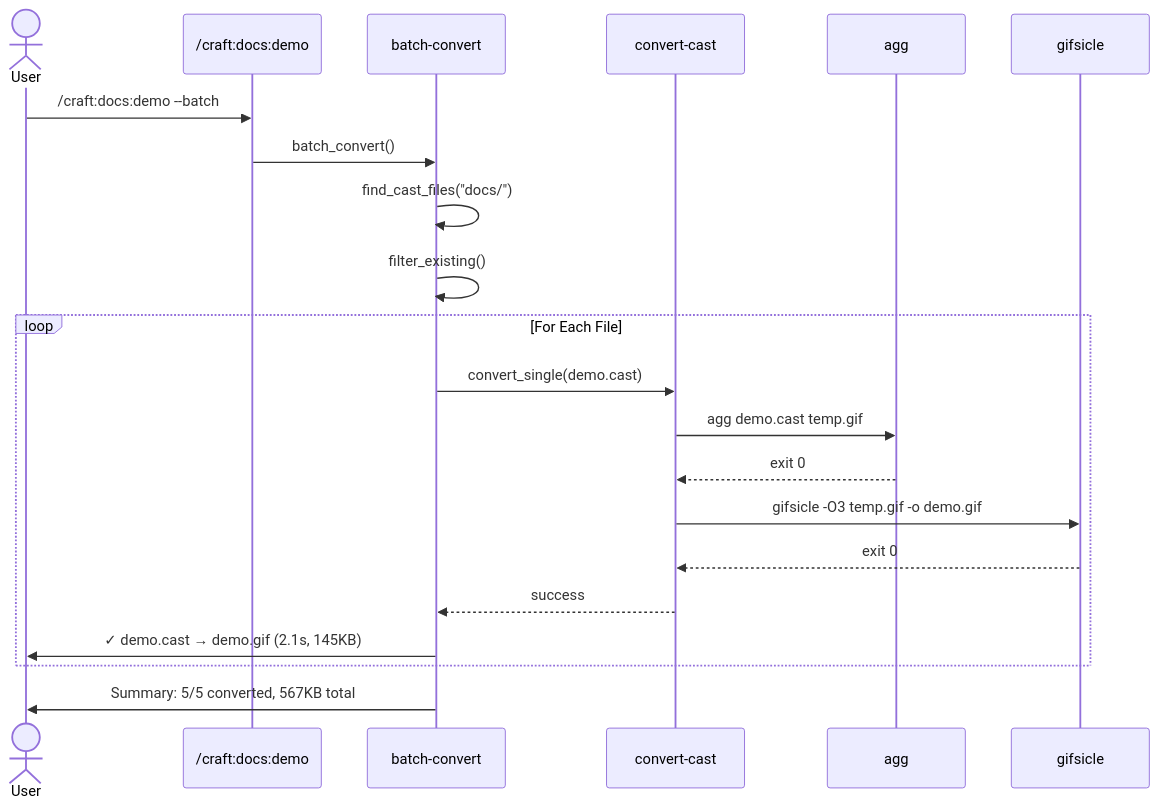
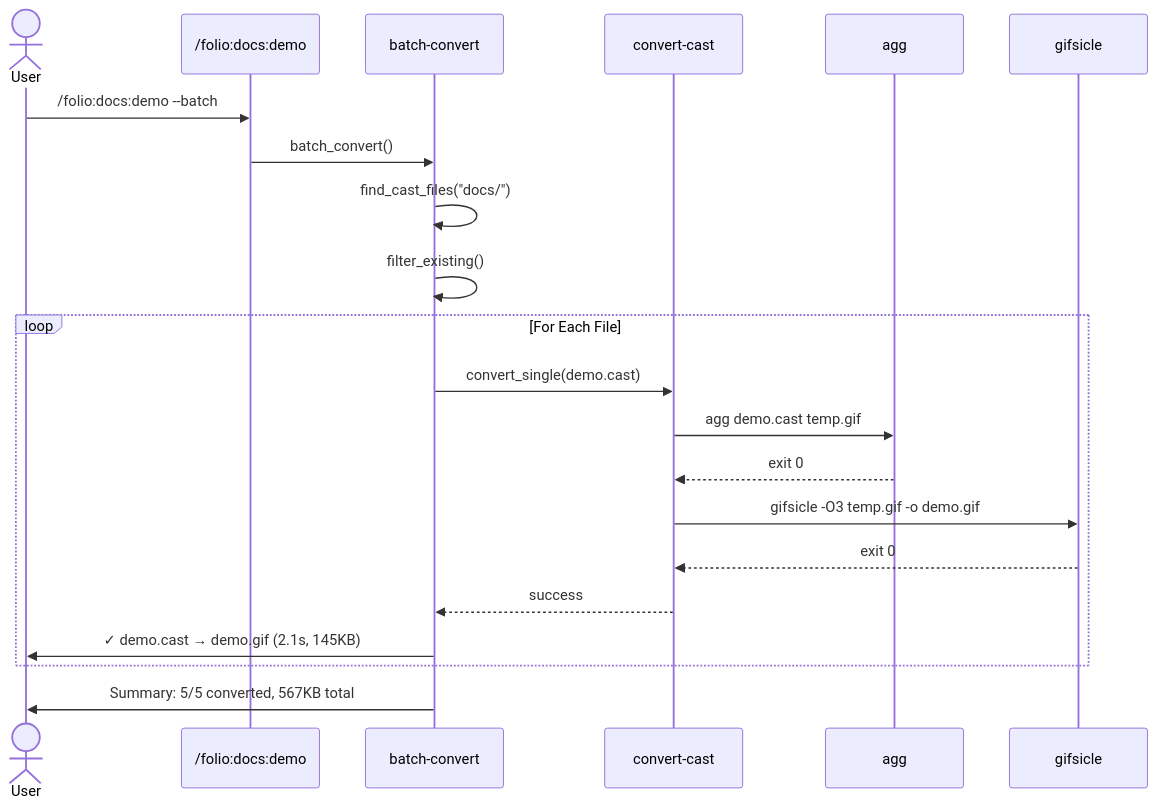
One commit to Data-Wise/craft changed the eighth of 18 diagrams in docs/DEPENDENCY-ARCHITECTURE.md. Above: the diagram before and after it, drawn with Mermaid. The commit also changed other lines of this file and 64 other files, not shown here.

````diff
--- a/docs/DEPENDENCY-ARCHITECTURE.md
+++ b/docs/DEPENDENCY-ARCHITECTURE.md
@@ -342,27 +342,27 @@
 ```mermaid
 sequenceDiagram
     actor User
-    participant CLI as /craft:docs:demo
+    participant CLI as /folio:docs:demo
     participant BC as batch-convert
     participant CC as convert-cast
     participant AGG as agg
     participant GIF as gifsicle
 
-    User->>CLI: /craft:docs:demo --batch
+    User->>CLI: /folio:docs:demo --batch
     CLI->>BC: batch_convert()
 
     BC->>BC: find_cast_files("docs/")
     BC->>BC: filter_existing()
 
     loop For Each File
         BC->>CC: convert_single(demo.cast)
         CC->>AGG: agg demo.cast temp.gif
         AGG-->>CC: exit 0
         CC->>GIF: gifsicle -O3 temp.gif -o demo.gif
         GIF-->>CC: exit 0
         CC-->>BC: success
         BC->>User: ✓ demo.cast → demo.gif (2.1s, 145KB)
     end
 
     BC->>User: Summary: 5/5 converted, 567KB total
 ```
````
